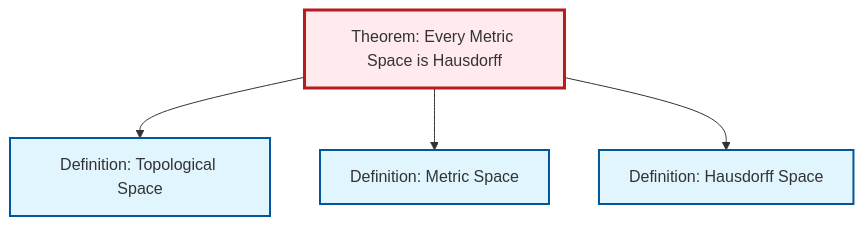
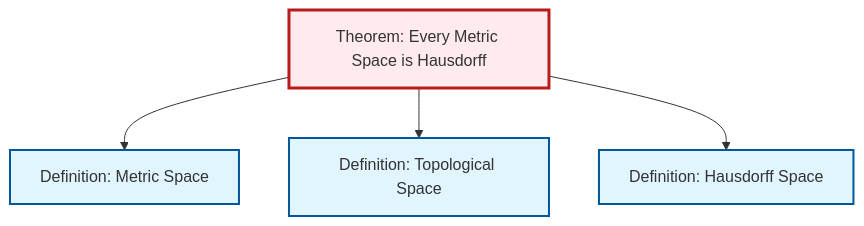
The diagram in content/ja/topology/thm-metric-hausdorff.qmd (RK0429/ModernMath), drawn with Mermaid before and after one commit. The commit also changed other lines of this file and 581 other files, not shown here.

````diff
--- a/content/ja/topology/thm-metric-hausdorff.qmd
+++ b/content/ja/topology/thm-metric-hausdorff.qmd
@@ -63,20 +63,20 @@
 ```{mermaid}
 %%| fig-cap: "Local dependency graph"
 graph TD
     classDef definition fill:#e1f5fe,stroke:#01579b,stroke-width:2px
     classDef theorem fill:#f3e5f5,stroke:#4a148c,stroke-width:2px
     classDef axiom fill:#fff3e0,stroke:#e65100,stroke-width:2px
     classDef example fill:#e8f5e9,stroke:#1b5e20,stroke-width:2px
     classDef current fill:#ffebee,stroke:#b71c1c,stroke-width:3px
     def-hausdorff["Definition: Hausdorff Space"]:::definition
+    def-topological-space["Definition: Topological Space"]:::definition
+    thm-metric-hausdorff["Theorem: Every Metric Space is Hausdorff"]:::theorem
     def-metric-space["Definition: Metric Space"]:::definition
-    thm-metric-hausdorff["Theorem: Every Metric Space is Hausdorff"]:::theorem
-    def-topological-space["Definition: Topological Space"]:::definition
+    thm-metric-hausdorff --> def-metric-space
     thm-metric-hausdorff --> def-topological-space
-    thm-metric-hausdorff --> def-metric-space
     thm-metric-hausdorff --> def-hausdorff
     class thm-metric-hausdorff current
     click def-hausdorff "def-hausdorff.html" "Definition: Hausdorff Spaceへ"
+    click def-topological-space "def-topological-space.html" "Definition: Topological Spaceへ"
     click def-metric-space "def-metric-space.html" "Definition: Metric Spaceへ"
-    click def-topological-space "def-topological-space.html" "Definition: Topological Spaceへ"
 ```
````
